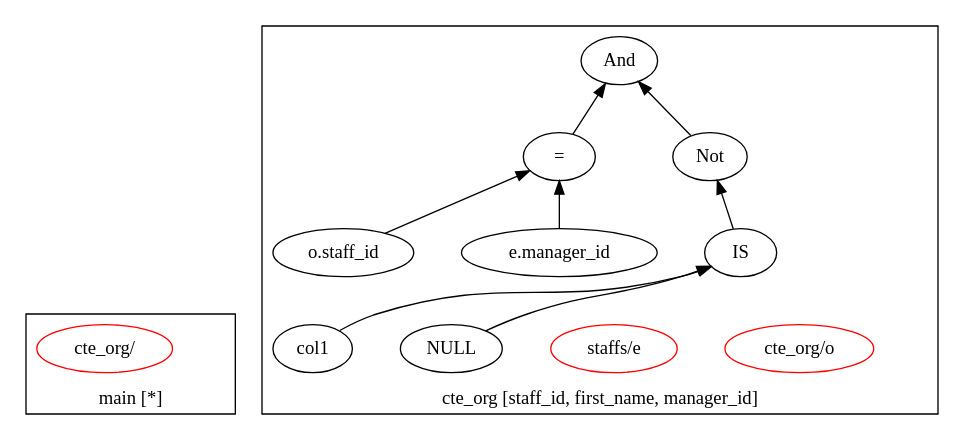
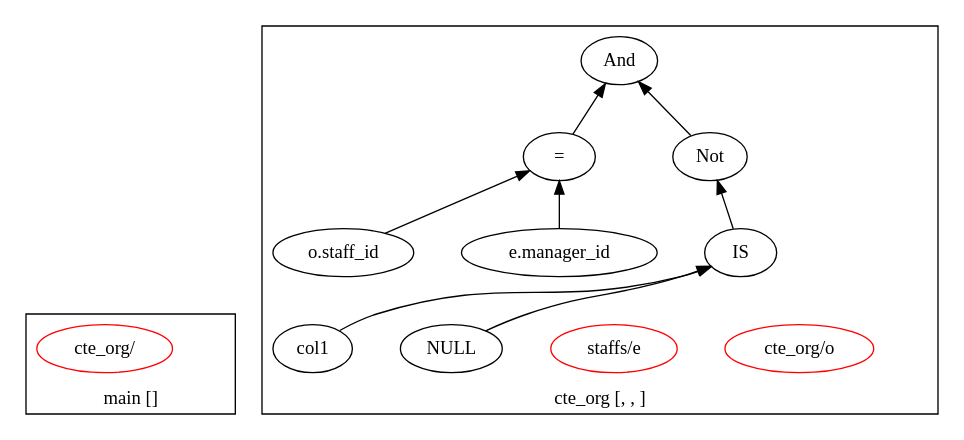
Before and after one commit to adarshpannu/kona: the diagram in qgm.dot, drawn with Graphviz. The commit also changed 8 other files, not shown here.

Commit message:
QGM moved to arena-based graphs, oye!

```diff
--- a/qgm.dot
+++ b/qgm.dot
@@ -1,31 +1,31 @@
 digraph example1 {
     rankdir=BT;
     nodesep=0.5;
     ordering="in";
   subgraph cluster_main {
-    label = "main [*]";
+    label = "main []";
     "main_pt"[shape=point, color=white];
     "QUN_3"[label="cte_org/ ", color=red]
 }
   subgraph cluster_cte_org {
-    label = "cte_org [staff_id, first_name, manager_id]";
+    label = "cte_org [, , ]";
     "cte_org_pt"[shape=point, color=white];
     "QUN_1"[label="cte_org/o ", color=red]
     "QUN_0"[label="staffs/e ", color=red]
-    exprnode0x7ffa09c0d7d8[label="And"];
-    exprnode0x7ffa09c0bd88 -> exprnode0x7ffa09c0d7d8;
-    exprnode0x7ffa09c0d788 -> exprnode0x7ffa09c0d7d8;
-    exprnode0x7ffa09c0bd88[label="="];
-    exprnode0x7ffa09c0b5f8 -> exprnode0x7ffa09c0bd88;
-    exprnode0x7ffa09c0bd38 -> exprnode0x7ffa09c0bd88;
-    exprnode0x7ffa09c0b5f8[label="o.staff_id"];
-    exprnode0x7ffa09c0bd38[label="e.manager_id"];
-    exprnode0x7ffa09c0d788[label="Not"];
-    exprnode0x7ffa09c0d738 -> exprnode0x7ffa09c0d788;
-    exprnode0x7ffa09c0d738[label="IS"];
-    exprnode0x7ffa09c0c488 -> exprnode0x7ffa09c0d738;
-    exprnode0x7ffa09c0d6e8 -> exprnode0x7ffa09c0d738;
-    exprnode0x7ffa09c0c488[label="col1"];
-    exprnode0x7ffa09c0d6e8[label="NULL"];
+    exprnode10[label="And"];
+    exprnode5 -> exprnode10;
+    exprnode5[label="="];
+    exprnode3 -> exprnode5;
+    exprnode3[label="o.staff_id"];
+    exprnode4 -> exprnode5;
+    exprnode4[label="e.manager_id"];
+    exprnode9 -> exprnode10;
+    exprnode9[label="Not"];
+    exprnode8 -> exprnode9;
+    exprnode8[label="IS"];
+    exprnode6 -> exprnode8;
+    exprnode6[label="col1"];
+    exprnode7 -> exprnode8;
+    exprnode7[label="NULL"];
 }
 }
```
